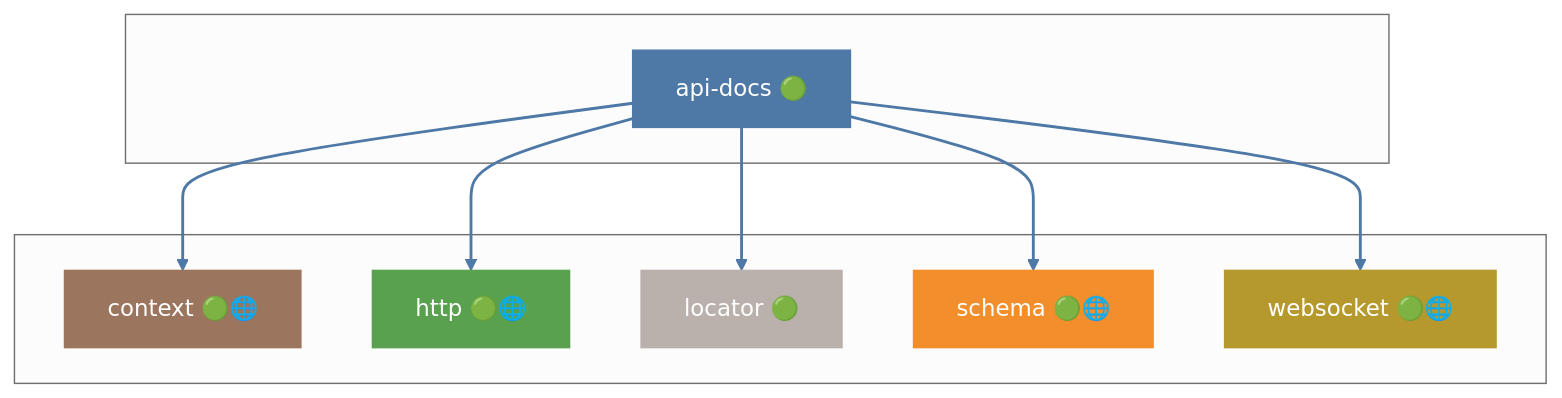
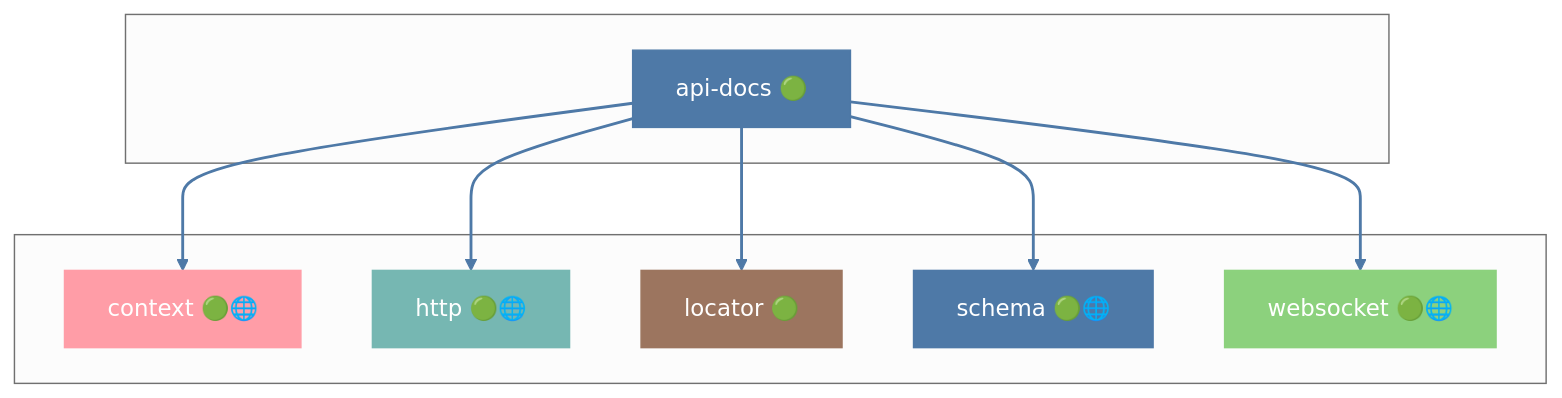
The second of 49 diagrams in docs/DEPENDENCIES.md (grest-ts/grest-ts), drawn with Mermaid (neutral theme) before and after one commit. The commit also changed other lines of this file and 8 other files, not shown here.

````diff
--- a/docs/DEPENDENCIES.md
+++ b/docs/DEPENDENCIES.md
@@ -493,29 +487,29 @@
 ```mermaid
 flowchart TB
     subgraph Package[" "]
         api-docs["api-docs 🟢"]
     end
     subgraph Dependencies[" "]
         context["context 🟢🌐"]
         http["http 🟢🌐"]
         locator["locator 🟢"]
         schema["schema 🟢🌐"]
         websocket["websocket 🟢🌐"]
     end
     api-docs --> context
     api-docs --> http
     api-docs --> locator
     api-docs --> schema
     api-docs --> websocket
     style api-docs fill:#4E79A7,stroke:#4E79A7,color:#fff
-    style context fill:#9C755F,stroke:#9C755F,color:#fff
-    style http fill:#59A14F,stroke:#59A14F,color:#fff
-    style locator fill:#BAB0AC,stroke:#BAB0AC,color:#fff
-    style schema fill:#F28E2B,stroke:#F28E2B,color:#fff
-    style websocket fill:#B6992D,stroke:#B6992D,color:#fff
+    style context fill:#FF9DA7,stroke:#FF9DA7,color:#fff
+    style http fill:#76B7B2,stroke:#76B7B2,color:#fff
+    style locator fill:#9C755F,stroke:#9C755F,color:#fff
+    style schema fill:#4E79A7,stroke:#4E79A7,color:#fff
+    style websocket fill:#8CD17D,stroke:#8CD17D,color:#fff
     linkStyle 0 stroke:#4E79A7,stroke-width:2px
     linkStyle 1 stroke:#4E79A7,stroke-width:2px
     linkStyle 2 stroke:#4E79A7,stroke-width:2px
     linkStyle 3 stroke:#4E79A7,stroke-width:2px
     linkStyle 4 stroke:#4E79A7,stroke-width:2px
 ```
````
